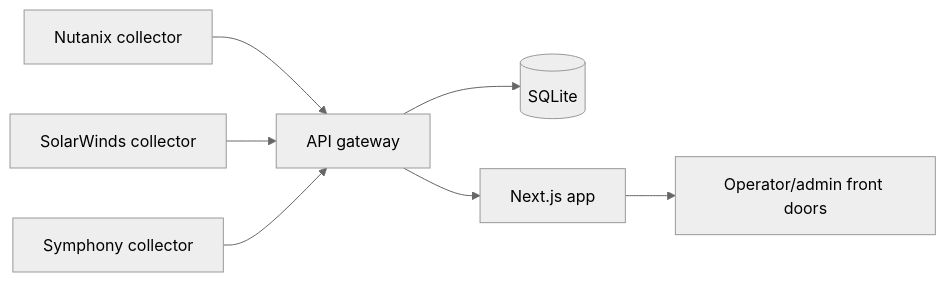
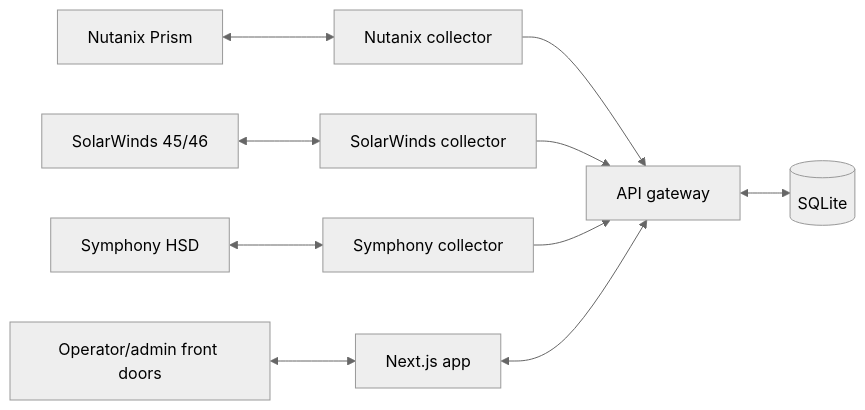
Before and after one commit to omswish/samixa: the diagram in docs/developer-handbook.md, drawn with Mermaid (neutral theme). The commit also changed other lines of this file and 14 other files, not shown here.

Commit message:
Refresh docs for split bootstrap and diagram flow

````diff
--- a/docs/developer-handbook.md
+++ b/docs/developer-handbook.md
@@ -62,9 +62,12 @@
 ```mermaid
 flowchart LR
-    NX[Nutanix collector] --> GW[API gateway]
-    SW[SolarWinds collector] --> GW
-    SY[Symphony collector] --> GW
-    GW --> DB[(SQLite)]
-    GW --> UI[Next.js app]
-    UI --> FO[Operator/admin front doors]
+    NXUP[Nutanix Prism] <--> NX[Nutanix collector]
+    SWUP[SolarWinds 45/46] <--> SW[SolarWinds collector]
+    SYUP[Symphony HSD] <--> SY[Symphony collector]
+    NX --> GW[API gateway]
+    SW --> GW
+    SY --> GW
+    GW <--> DB[(SQLite)]
+    UI[Next.js app] <--> GW
+    FO[Operator/admin front doors] <--> UI
 ```
````
